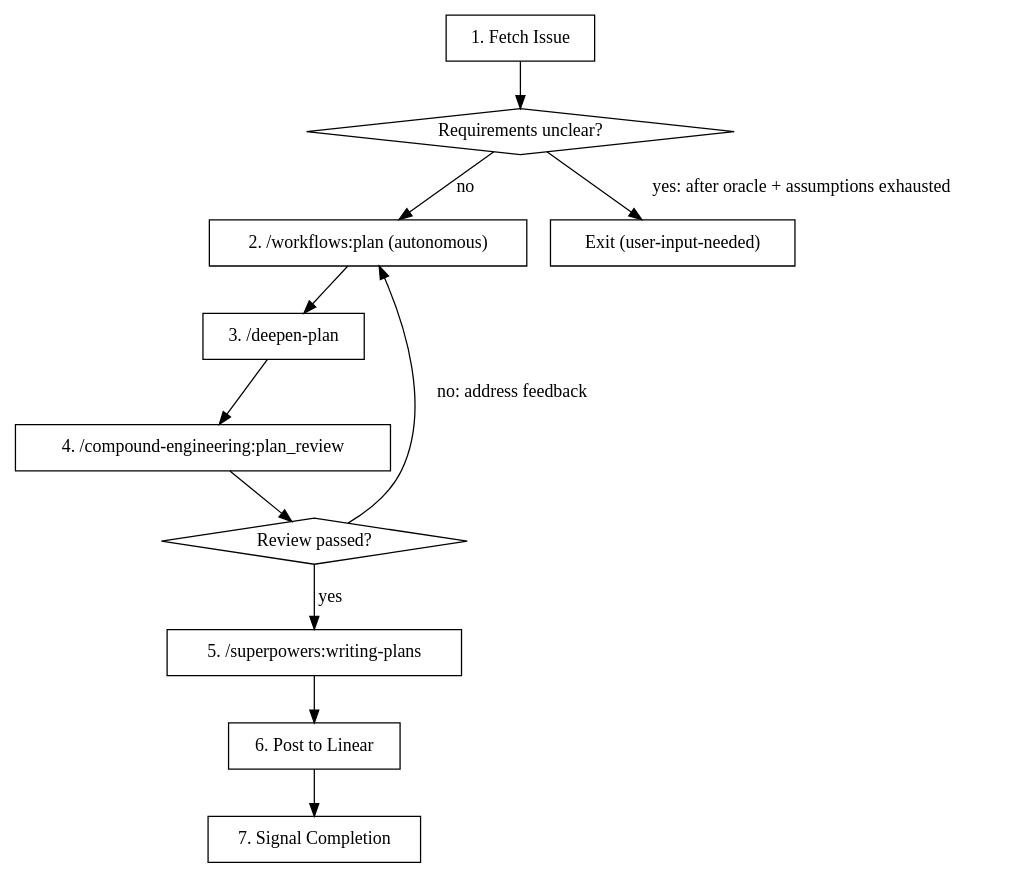
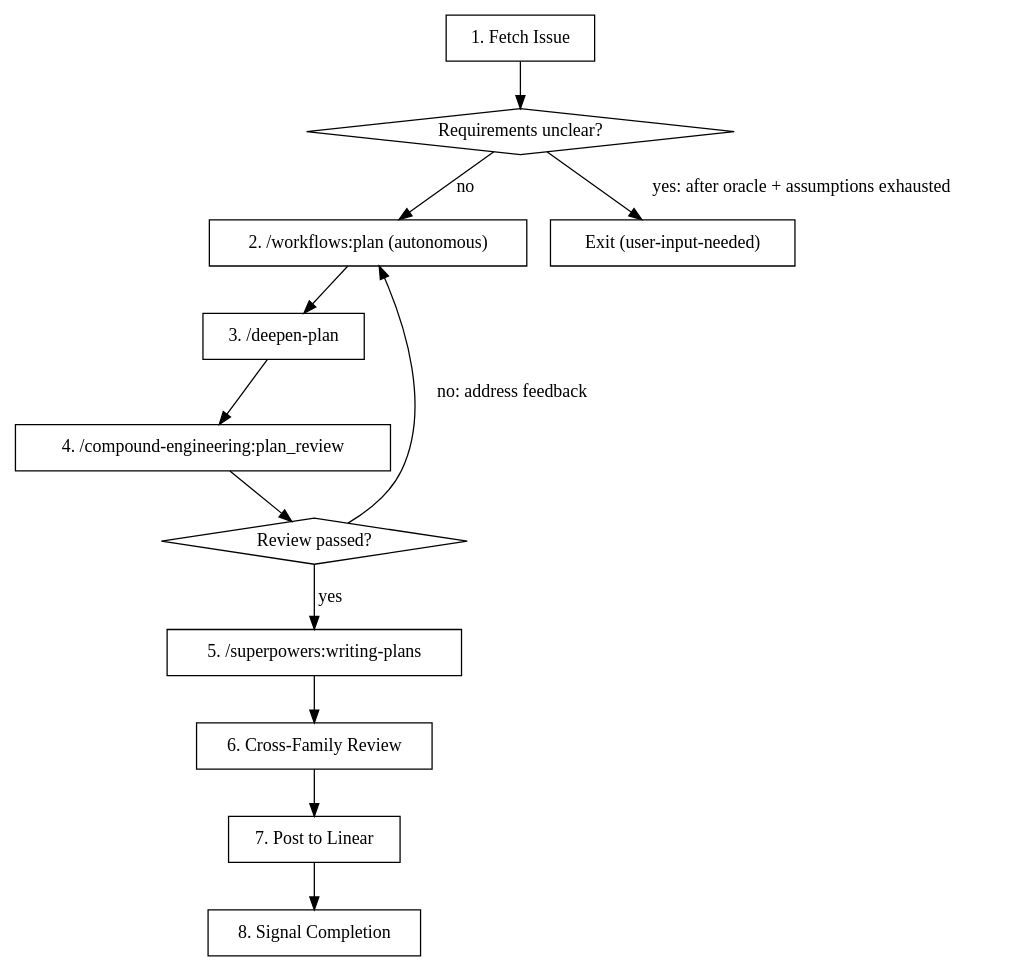
The diagram in .claude/skills/legion-worker/workflows/plan.md (sjawhar/legion), drawn with Graphviz before and after one commit. The commit also changed other lines of this file and 117 other files, not shown here.

````diff
--- a/.claude/skills/legion-worker/workflows/plan.md
+++ b/.claude/skills/legion-worker/workflows/plan.md
@@ -7,28 +7,30 @@
 ```dot
 digraph plan_workflow {
     rankdir=TB;
     node [shape=box];
 
     fetch [label="1. Fetch Issue"];
     unclear [label="Requirements unclear?" shape=diamond];
     research_plan [label="2. /workflows:plan (autonomous)"];
     deepen [label="3. /deepen-plan"];
     review [label="4. /compound-engineering:plan_review"];
     passed [label="Review passed?" shape=diamond];
     executable [label="5. /superpowers:writing-plans"];
-    post [label="6. Post to Linear"];
-    complete [label="7. Signal Completion"];
+    cross_review [label="6. Cross-Family Review"];
+    post [label="7. Post to Linear"];
+    complete [label="8. Signal Completion"];
     exit_unclear [label="Exit (user-input-needed)"];
 
     fetch -> unclear;
     unclear -> exit_unclear [label="yes: after oracle + assumptions exhausted"];
     unclear -> research_plan [label="no"];
     research_plan -> deepen;
     deepen -> review;
     review -> passed;
     passed -> research_plan [label="no: address feedback"];
     passed -> executable [label="yes"];
-    executable -> post;
+    executable -> cross_review;
+    cross_review -> post;
     post -> complete;
 }
 ```
````
